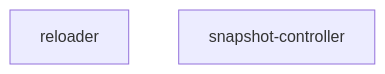
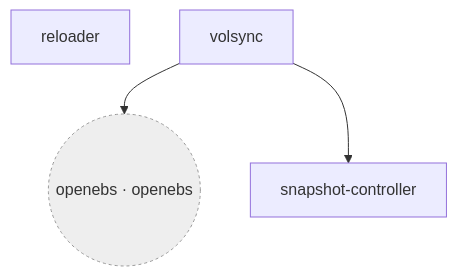
One commit to qnimbus/home-lab changed diagram 15 of 17 in docs/CLUSTER.md. Above: the diagram before and after it, drawn with Mermaid. The commit also changed other lines of this file and 1 other file, not shown here.

Commit message:
feat(volsync): finalize waha PVC backup

````diff
--- a/docs/CLUSTER.md
+++ b/docs/CLUSTER.md
@@ -1062,5 +1105,10 @@
 ```mermaid
 flowchart TD
   flux_system_reloader["reloader"]
   flux_system_snapshot_controller["snapshot-controller"]
+  flux_system_volsync["volsync"]
+  flux_system_openebs(("openebs · openebs")):::external
+  flux_system_volsync --> flux_system_openebs
+  flux_system_volsync --> flux_system_snapshot_controller
+  classDef external fill:#eee,stroke:#999,stroke-dasharray: 3 3
 ```
````
